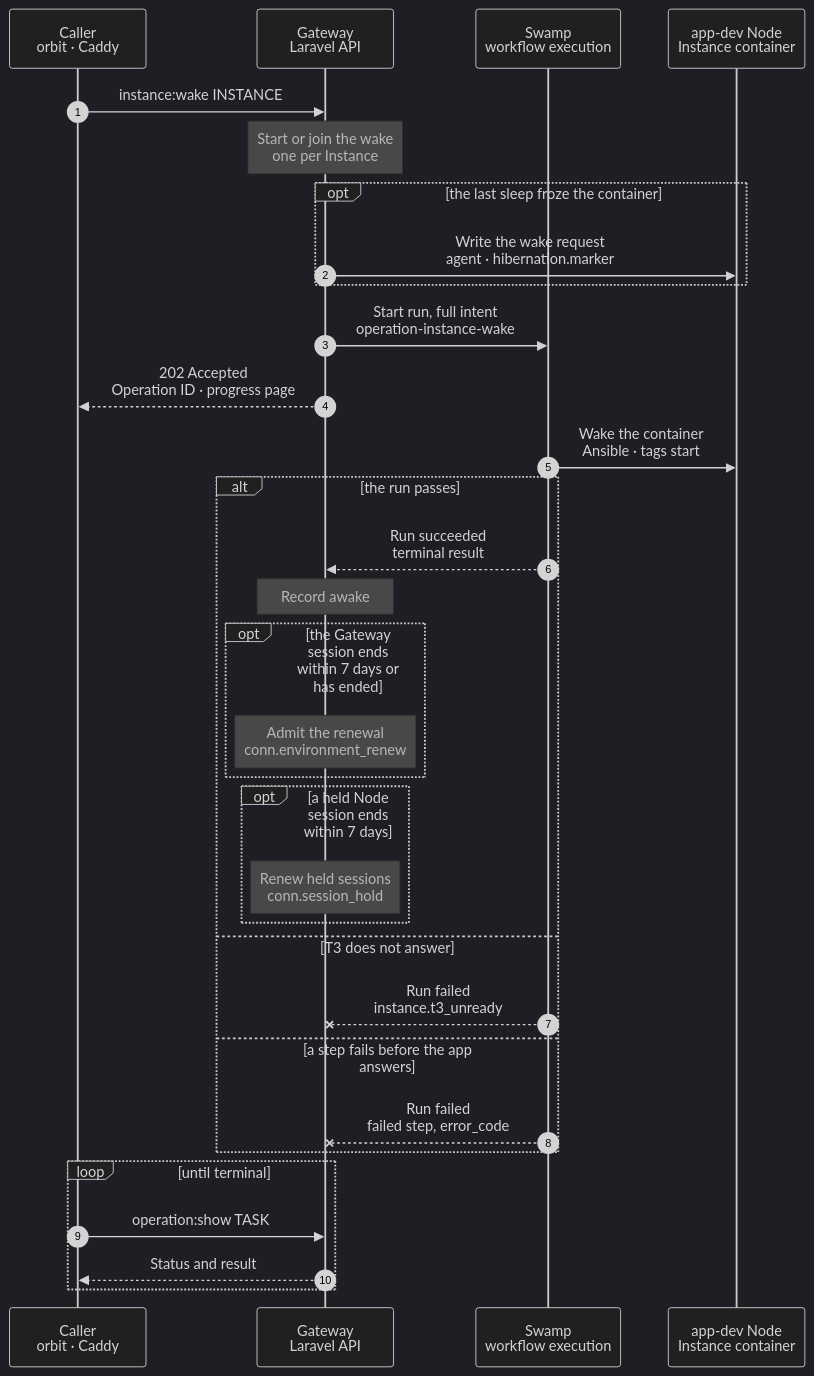
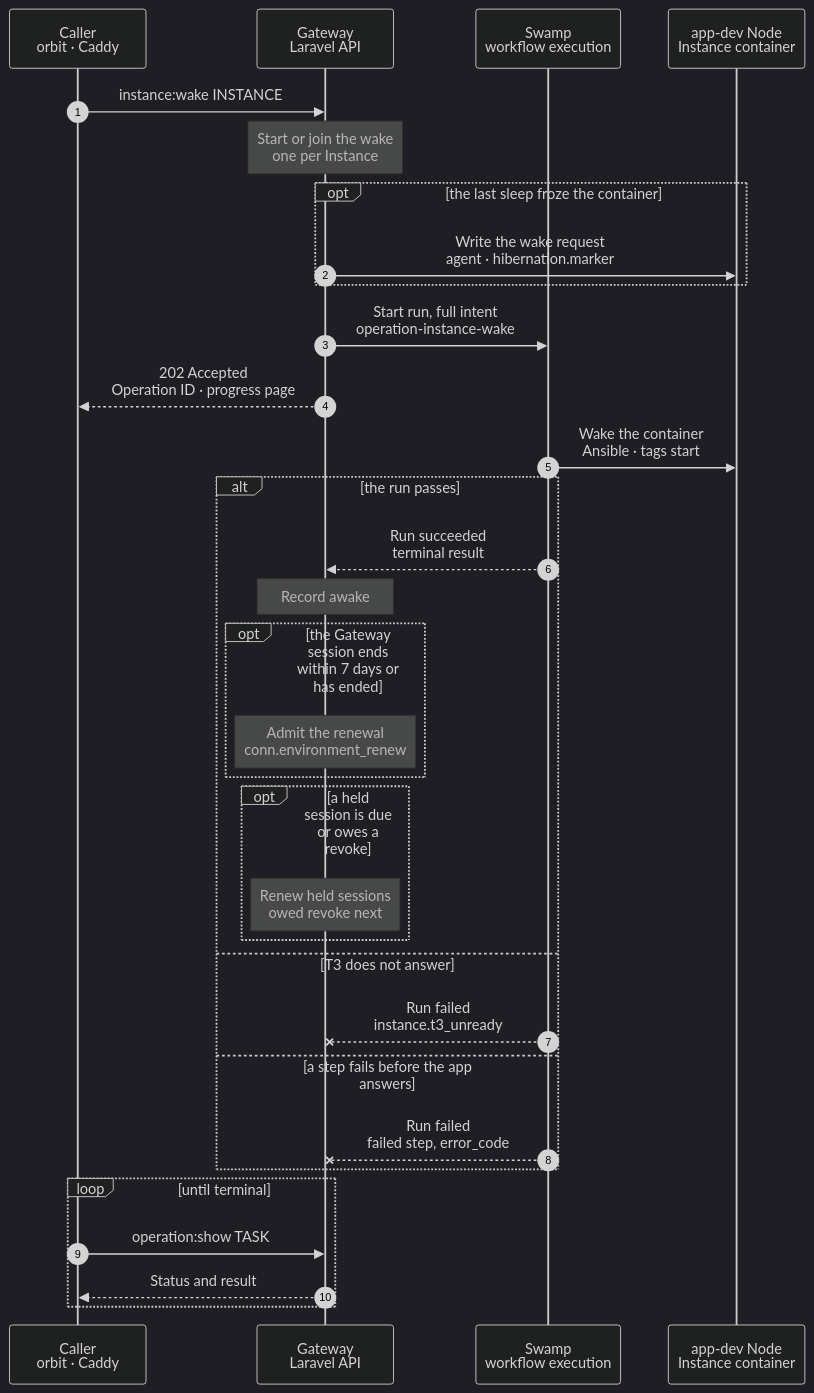
Before and after one commit to hardimpactdev/orbit: the diagram in docs/cli/instance/wake.mmd, drawn with Mermaid (dark theme). The commit also changed 13 other files, not shown here.

First line of the commit message:
fix(conn): tighten held-session cleanup, renewal order and the session read

```diff
--- a/docs/cli/instance/wake.mmd
+++ b/docs/cli/instance/wake.mmd
@@ -1,119 +1,120 @@
 sequenceDiagram
   %% Container runtime (ADR 0250 step 8, docs/reference/development-containers.md#sleep-and-wake): resume a sleeping development container, or start one that was stopped. A request to its Route admits the same kind through the runtime activation endpoint of docs/reference/app-dev-runtime-hibernation.md#wake.
   %% status: draft
   %% command: instance:wake
   %% kind: instance.wake
   autonumber
   %% lane CL icon=terminal pill=caller tone=gray
   %% lane GW icon=gateway pill=intent tone=blue
   %% lane SW icon=workflow pill=executes tone=green
   %% lane N icon=server pill=target tone=amber
   participant CL as Caller<br/>orbit · Caddy
   participant GW as Gateway<br/>Laravel API
   participant SW as Swamp<br/>workflow execution
   participant N as app-dev Node<br/>Instance container
   CL->>GW: instance:wake INSTANCE
   %%> Command:
   %%> - `orbit instance:wake INSTANCE`
   %%> - syntax: `<instance-id> [--json]`
   %%> Callers:
   %%> - the command
   %%> - Caddy on the Instance's Node, when a request finds the asleep marker: `GET runtime-activations/app-instance/ID`
   %%> - planned: a Conn device that opens the T3 server, and the task flow before a turn on an attached Instance
   %%> - a deployment of a sleeping default starts it in its own run instead
   %%> Requirements:
   %%> - the caller is the Instance's Node or has node access to it
   Note over GW: Start or join the wake<br/>one per Instance
   %%> When:
   %%> - an active development container that is not a nested-fleet Instance
   %%> - a clone of a nested-fleet default takes its start instead: see instance/start.mmd
   %%> Result:
   %%> - an open wake of the Instance is joined: a second caller gets the same Operation, Caddy the same progress page
   %%> - after a failed wake, Caddy gets the failure page with Try again until a retry or the command starts a new wake
   %%> On failure:
   %%> - no container, a nested-fleet Instance or other lifecycle work starts no run
   opt the last sleep froze the container
     %% path: resume
     GW->>N: Write the wake request<br/>agent · hibernation.marker
     %%> What it does:
     %%> - the Operation is recorded without its run; the Node calls run after its commit
     %%> - the frozen agent's `hibernation.marker` writes `/dev/shm/orbit/hibernation/app-instance-<id>.wake`; only root writes in that folder
     %%> - the app-dev role's script, started by a systemd path unit, acts only on `instance-<id>` of `orbit-instances` found Frozen with its asleep marker and a request under 1 s old: `incus resume`, `memory.swap.max` 0, one request to FrankenPHP for an answer below 500 (1.5 s at most), then it removes the marker, writes `app-instance-<id>.resumed`, and rebuilds a stale library cache and CA bundle as the run does
     %%> - the Gateway reads the request folder and the marker with `hibernation.times` until the resume shows, within 3 s
     %%> Why:
     %%> - measured on a frozen clone: the resume takes 0.02 s and the web probe 0.4 s, but the run's start-up and playbook took 8-13 s of the 9-19 s a visitor waited
     %%> - the agent stays frozen (ADR 0253): two of its existing commands carry the request and the answer
     %%> Result:
     %%> - resumed: the Operation succeeds here with `wake: resumed`, `trigger_seconds` and `confirm_seconds`; `power_state` is `running`; Conn's renewal below runs as after a run
     %%> - Caddy gets 307 to the same path: the browser sends the request again, with its method and body, and gets the app
     %%> - an API caller gets 202 with the ended Operation
     %%> - a caller who joins this wake waits for it up to the bound, then gets the same answer
     %%> On failure:
     %%> - the Node has no script (its first read also asks for it; the Node then skips this path for 10 minutes), the script declined (another state, FrankenPHP silent), an agent call or the Gateway failed, or the bound passed: the Gateway removes the request, and the same Operation starts the run below
     %%> - a Gateway worker that dies here: a delayed start runs the same Operation's run 15 s later
     %%> - a cancel during the resume keeps the Operation cancelled
   end
   GW->>SW: Start run, full intent<br/>operation-instance-wake
   GW-->>CL: 202 Accepted<br/>Operation ID · progress page
   SW->>N: Wake the container<br/>Ansible · tags start
   %%> What it does:
   %%> - Frozen: `incus resume`, `memory.swap.max` back to 0, FrankenPHP gets 10 tries 1 s apart; nothing boots and nothing converges, `wake: resumed`
   %%> - Frozen and FrankenPHP silent: `incus stop --force`, then the boot below, `wake: restarted_after_resume`
   %%> - Stopped (after a host reboot or a sleep that fell back to a stop): the boot below, `wake: started`
   %%> - Running (after a reboot with `boot.autostart`): no start and no resume, `wake: already_running`
   %%> - a Frozen container without the marker is resumed; the result says `marker_found: false`
   %%> - boot: `incus start`; nftables, T3, FrankenPHP and the enabled Process units start with the container
   %%> - waits until each desired-running unit is active, then until FrankenPHP answers, else `instance.web_unready`
   %%> - a 5xx answer gets up to 5 s to clear; an app that answers 5xx by itself is then served as it is
   %%> - removes the asleep marker, so Caddy sends the next request to the app
   %%> - then rebuilds the container's library cache with `ldconfig -X` when it lacks a soname of the runtime folder (a converge cannot exec in a frozen container); a failed check fails nothing
   %%> - then runs `update-ca-certificates` when the CA bundle lacks the container's Orbit root (the converge writes the root's file, but a frozen container refuses the exec); a container without the file skips it
   %%> - then waits up to 30 s for T3's environment endpoint in a clone, else `instance.t3_unready`
   %%> Why:
   %%> - one playbook: a second Ansible start costs about 4 s on the visitor's path
   %%> - the visitor waits for the app, not for T3; T3 gates only the Operation's end
   %%> - unit enablement holds each Process's desired state, so a stopped Process stays stopped
   %%> When:
   %%> - the marker part runs only in a start whose intent names the marker; a deployment's start has none
   alt the run passes
     %% path: main
     SW-->>GW: Run succeeded<br/>terminal result
     Note over GW: Record awake
     %%> Result:
     %%> - the runtime's `power_state` is `running`; the Conn layer shows the T3 server awake
     %%> - the result names the path, `marker_found`, and a resume's `resume_seconds` and `web_probe_seconds`
     %%> - the progress page loads the original path
     opt the Gateway session ends within 7 days or has ended
       Note over GW: Admit the renewal<br/>conn.environment_renew
       %%> When:
       %%> - after the wake's transaction; it never fails the wake
       %%> What it does:
       %%> - see conn/environment-renew.mmd; the run needs no old session, so a session that ended during the sleep renews too
     end
-    opt a held Node session ends within 7 days
-      Note over GW: Renew held sessions<br/>conn.session_hold
+    opt a held session is due or owes a revoke
+      Note over GW: Renew held sessions<br/>owed revoke next
       %%> When:
       %%> - after the wake's transaction, while the Gateway session has not ended; it never fails the wake
       %%> What it does:
       %%> - see conn/session-hold.mmd: one renewal per held session that ends within seven days
+      %%> - and the server's next owed held revoke (conn/pairing-revoke.mmd), which waited while the Instance slept
     end
   else T3 does not answer
     %% path: t3-unready
     SW--xGW: Run failed<br/>instance.t3_unready
     %%> Result:
     %%> - the Operation fails; the marker is gone and the Route serves the app
     %%> - the runtime's `power_state` is `running`, because the container runs
     %%> Retry:
     %%> - the same command; a start of a running container changes nothing
   else a step fails before the app answers
     %% path: failed
     SW--xGW: Run failed<br/>failed step, error_code
     %%> Result:
     %%> - the asleep marker stays; the Route shows the failure page with Try again
     %%> Retry:
     %%> - Try again or the same command; a start of a running container changes nothing
   end
   loop until terminal
     CL->>GW: operation:show TASK
     GW-->>CL: Status and result
   end
```
